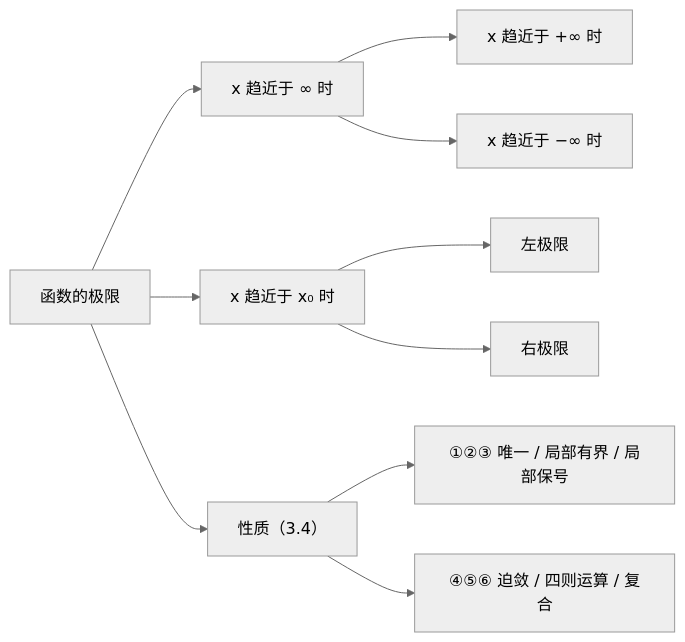
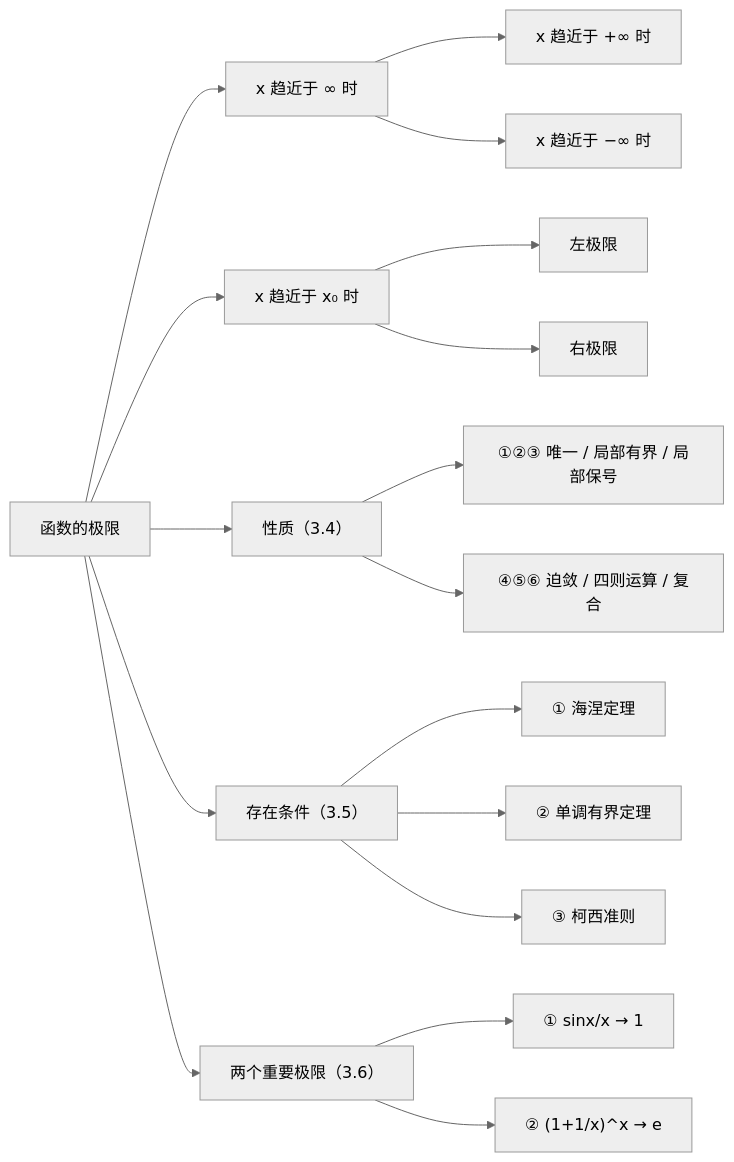
The fourth of 4 diagrams in 03 第三章 函数极限.md (Gehuredg/math-analysis-notes), drawn with Mermaid (neutral theme) before and after one commit. The commit also changed other lines of this file and 10 other files, not shown here.

````diff
--- a/03 第三章 函数极限.md
+++ b/03 第三章 函数极限.md
@@ -275,12 +475,19 @@
 ```mermaid
 flowchart LR
     F["函数的极限"] --> I["x 趋近于 ∞ 时"]
     I --> I1["x 趋近于 +∞ 时"]
     I --> I2["x 趋近于 −∞ 时"]
     F --> X["x 趋近于 x₀ 时"]
     X --> X1["左极限"]
     X --> X2["右极限"]
     F --> P["性质（3.4）"]
     P --> P1["①②③ 唯一 / 局部有界 / 局部保号"]
     P --> P2["④⑤⑥ 迫敛 / 四则运算 / 复合"]
+    F --> Q["存在条件（3.5）"]
+    Q --> Q1["① 海涅定理"]
+    Q --> Q2["② 单调有界定理"]
+    Q --> Q3["③ 柯西准则"]
+    F --> R["两个重要极限（3.6）"]
+    R --> R1["① sinx/x → 1"]
+    R --> R2["② (1+1/x)^x → e"]
 ```
````
